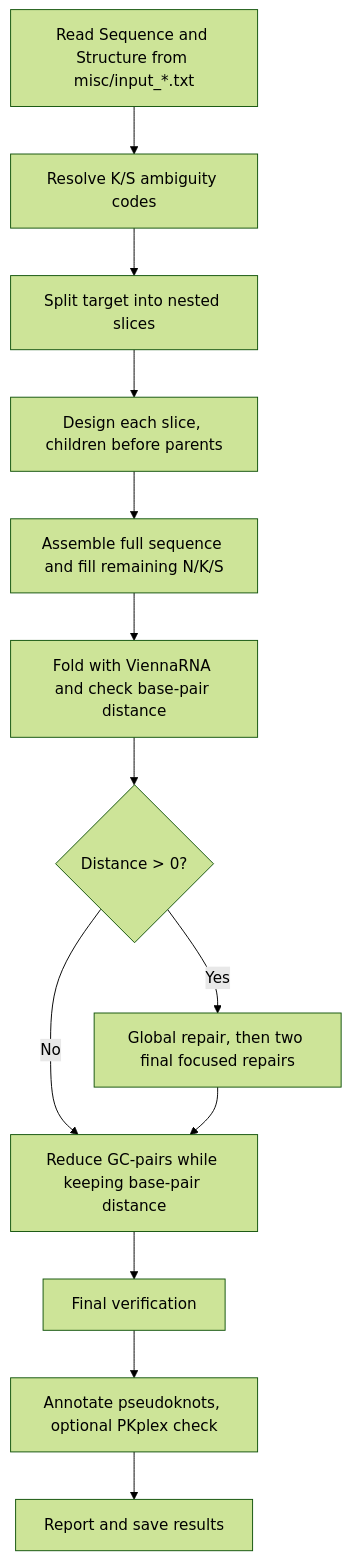
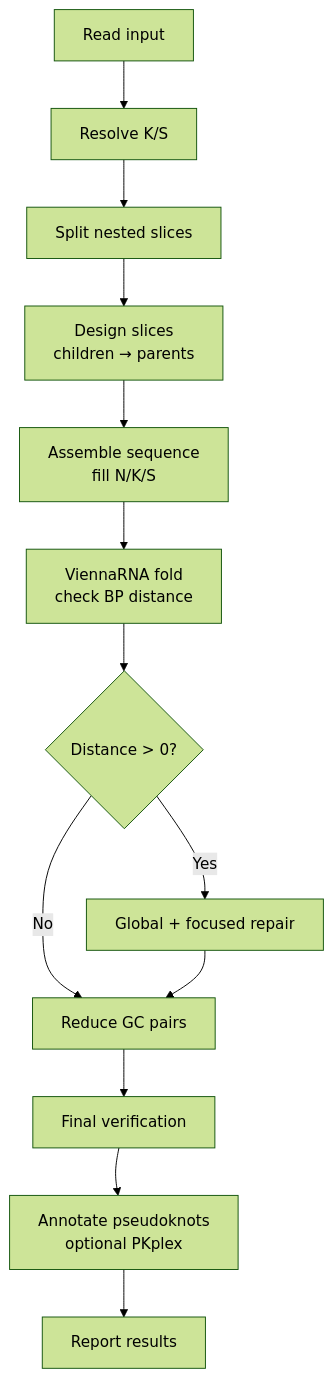
One commit to HenrikMengkrogen/Ribologic-RNA-sequence-generator changed the first of 3 diagrams in README.md. Above: the diagram before and after it, drawn with Mermaid (forest theme). The commit also changed other lines of this file, not shown here.

````diff
--- a/README.md
+++ b/README.md
@@ -33,15 +56,19 @@
 ```mermaid
+
 flowchart TD
-    A[Read Sequence and Structure from misc/input_*.txt] --> B[Resolve K/S ambiguity codes]
-    B --> C[Split target into nested slices]
-    C --> D[Design each slice, children before parents]
-    D --> E[Assemble full sequence and fill remaining N/K/S]
-    E --> F[Fold with ViennaRNA and check base-pair distance]
+    A[Read input] --> B[Resolve K/S]
+    B --> C[Split nested slices]
+    C --> D[Design slices<br/>children → parents]
+    D --> E[Assemble sequence<br/>fill N/K/S]
+    E --> F[ViennaRNA fold<br/>check BP distance]
     F --> G{Distance > 0?}
-    G -- Yes --> H[Global repair, then two final focused repairs]
-    G -- No --> I[Reduce GC-pairs while keeping base-pair distance]
+    G -->|Yes| H[Global + focused repair]
+    G -->|No| I[Reduce GC pairs]
     H --> I
     I --> J[Final verification]
-    J --> K[Annotate pseudoknots, optional PKplex check]
-    K--> L[Report and save results] 
+
+    J --> K[Annotate pseudoknots<br/>optional PKplex]
+    K --> L[Report results]
+
+    J ~~~ K
 ```
````
